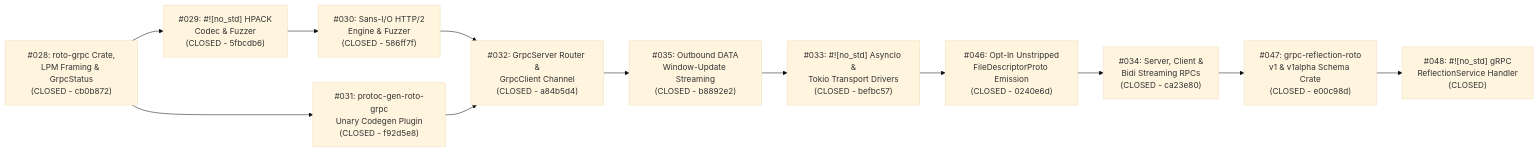
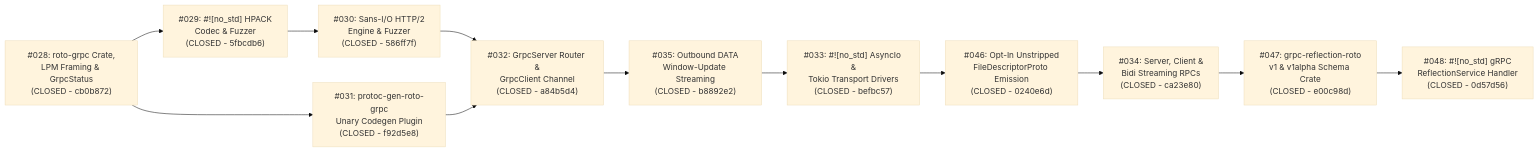
The third of 3 diagrams in docs/grpc.md (chathaway-codes/roto), drawn with Mermaid (base theme) before and after one commit. The commit also changed other lines of this file, not shown here.

Commit message:
docs(grpc): recommend including ReflectionService and document stripping descriptors

````diff
--- a/docs/grpc.md
+++ b/docs/grpc.md
@@ -529,18 +554,18 @@
 ```mermaid
 flowchart LR
     I028["#028: roto-grpc Crate,<br/>LPM Framing &amp; GrpcStatus<br/>(CLOSED - cb0b872)"]
     I029["#029: #![no_std] HPACK<br/>Codec &amp; Fuzzer<br/>(CLOSED - 5fbcdb6)"]
     I030["#030: Sans-I/O HTTP/2<br/>Engine &amp; Fuzzer<br/>(CLOSED - 586ff7f)"]
     I031["#031: protoc-gen-roto-grpc<br/>Unary Codegen Plugin<br/>(CLOSED - f92d5e8)"]
     I032["#032: GrpcServer Router &amp;<br/>GrpcClient Channel<br/>(CLOSED - a84b5d4)"]
     I035["#035: Outbound DATA<br/>Window-Update Streaming<br/>(CLOSED - b8892e2)"]
     I033["#033: #![no_std] AsyncIo &amp;<br/>Tokio Transport Drivers<br/>(CLOSED - befbc57)"]
     I046["#046: Opt-In Unstripped<br/>FileDescriptorProto Emission<br/>(CLOSED - 0240e6d)"]
     I034["#034: Server, Client &amp;<br/>Bidi Streaming RPCs<br/>(CLOSED - ca23e80)"]
     I047["#047: grpc-reflection-roto<br/>v1 &amp; v1alpha Schema Crate<br/>(CLOSED - e00c98d)"]
-    I048["#048: #![no_std] gRPC<br/>ReflectionService Handler<br/>(CLOSED)"]
+    I048["#048: #![no_std] gRPC<br/>ReflectionService Handler<br/>(CLOSED - 0d57d56)"]
 
     I028 --> I029 --> I030
     I028 --> I031
     I030 & I031 --> I032 --> I035 --> I033 --> I046 --> I034 --> I047 --> I048
 ```
````
